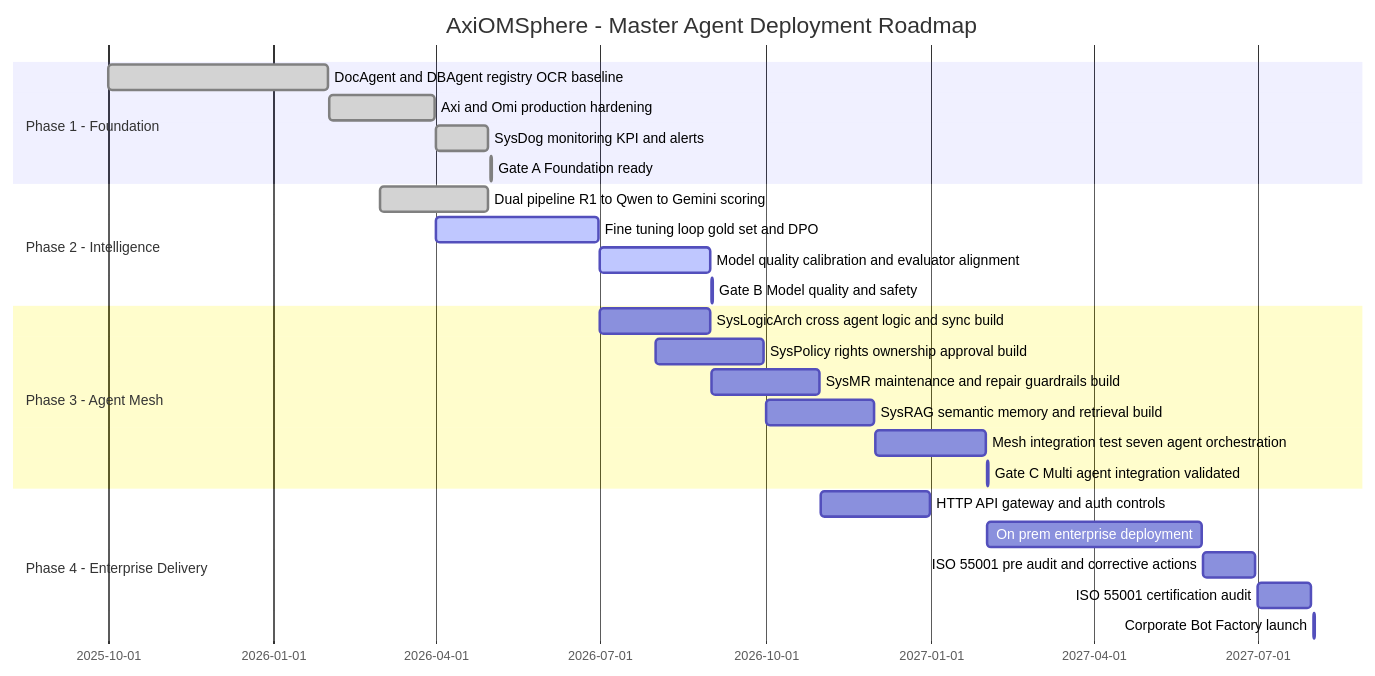
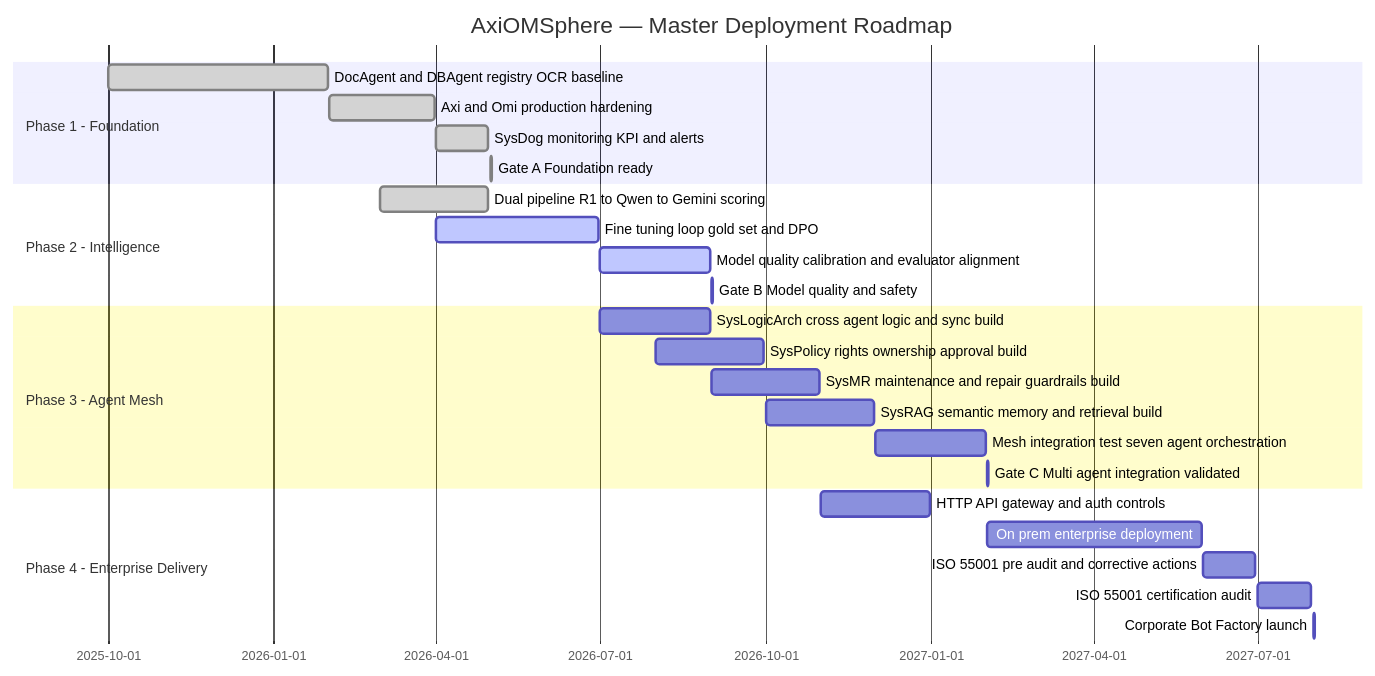
Before and after one commit to AxiOMSphereAssistanceAIMS/AxiOMSphere: the fifth of 12 diagrams in README.md, drawn with Mermaid. The commit also changed other lines of this file, not shown here.

First line of the commit message:
README: business-first restructure, API credits section, merged diagrams

````diff
--- a/README.md
+++ b/README.md
@@ -269,32 +370,32 @@
 ```mermaid
 gantt
-    title AxiOMSphere - Master Agent Deployment Roadmap
+    title AxiOMSphere — Master Deployment Roadmap
     dateFormat  YYYY-MM-DD
 
     section Phase 1 - Foundation
     DocAgent and DBAgent registry OCR baseline                :done, p1a, 2025-10-01, 2026-01-31
     Axi and Omi production hardening                          :done, p1b, 2026-02-01, 2026-03-31
     SysDog monitoring KPI and alerts                          :done, p1c, 2026-04-01, 2026-04-30
     Gate A Foundation ready                                   :done, gA, 2026-05-01, 2026-05-02
 
     section Phase 2 - Intelligence
     Dual pipeline R1 to Qwen to Gemini scoring                :done, p2a, 2026-03-01, 2026-04-30
     Fine tuning loop gold set and DPO                         :active, p2b, 2026-04-01, 2026-06-30
     Model quality calibration and evaluator alignment         :active, p2c, 2026-07-01, 2026-08-31
     Gate B Model quality and safety                           :active, gB, 2026-09-01, 2026-09-02
 
     section Phase 3 - Agent Mesh
     SysLogicArch cross agent logic and sync build             :p3a, 2026-07-01, 2026-08-31
     SysPolicy rights ownership approval build                 :p3b, 2026-08-01, 2026-09-30
     SysMR maintenance and repair guardrails build             :p3c, 2026-09-01, 2026-10-31
     SysRAG semantic memory and retrieval build                :p3d, 2026-10-01, 2026-11-30
     Mesh integration test seven agent orchestration           :p3e, 2026-12-01, 2027-01-31
     Gate C Multi agent integration validated                  :gC, 2027-02-01, 2027-02-02
 
     section Phase 4 - Enterprise Delivery
     HTTP API gateway and auth controls                        :p4a, 2026-11-01, 2026-12-31
     On prem enterprise deployment                             :p4b, 2027-02-01, 2027-05-31
     ISO 55001 pre audit and corrective actions                :p4c, 2027-06-01, 2027-06-30
     ISO 55001 certification audit                             :p4d, 2027-07-01, 2027-07-31
     Corporate Bot Factory launch                              :gD, 2027-08-01, 2027-08-02
 ```
````
